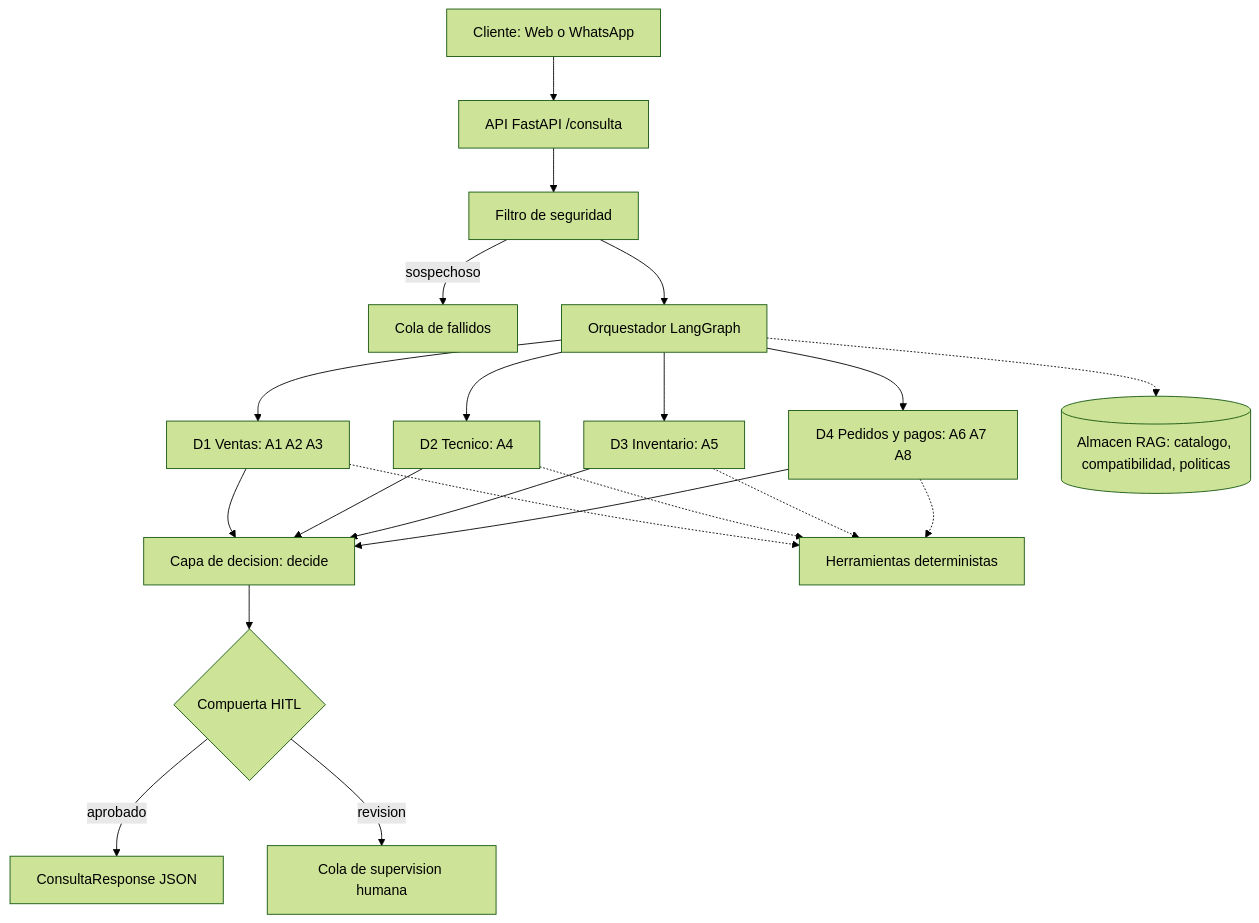
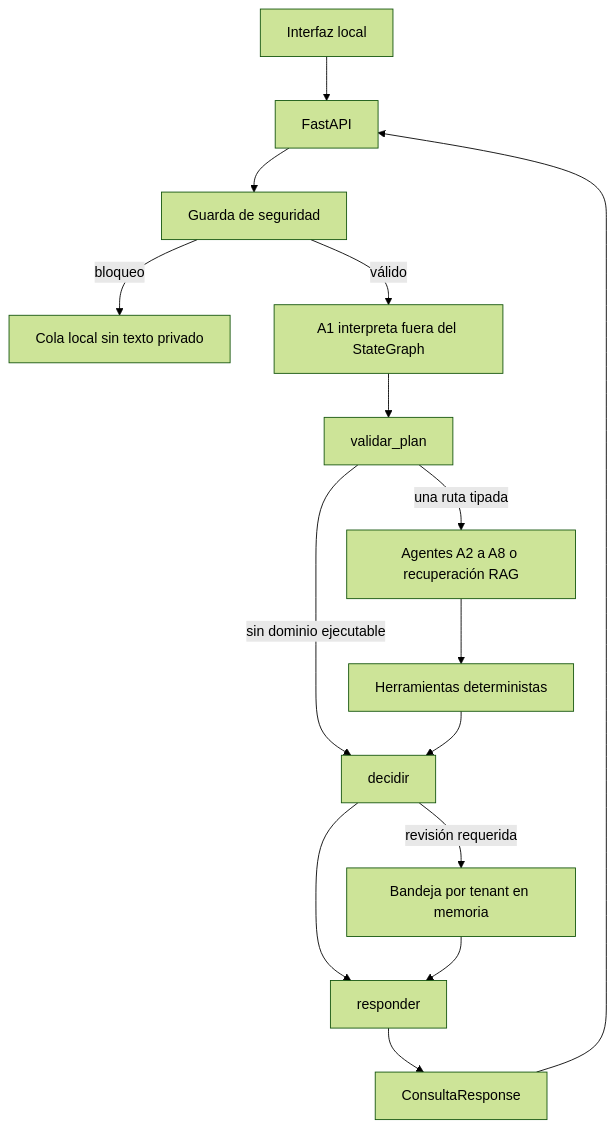
One commit to alessandrorr1007-debug/veltri changed the first of 2 diagrams in docs/arquitectura.md. Above: the diagram before and after it, drawn with Mermaid (forest theme). The commit also changed other lines of this file and 141 other files, not shown here.

````diff
--- a/docs/arquitectura.md
+++ b/docs/arquitectura.md
@@ -19,17 +7,17 @@
 ```mermaid
 flowchart TD
-    U[Cliente: Web o WhatsApp] --> API[API FastAPI /consulta]
-    API --> SEG[Filtro de seguridad]
-    SEG -->|sospechoso| DLQ[Cola de fallidos]
-    SEG --> ORQ[Orquestador LangGraph]
-    ORQ --> D1[D1 Ventas: A1 A2 A3]
-    ORQ --> D2[D2 Tecnico: A4]
-    ORQ --> D3[D3 Inventario: A5]
-    ORQ --> D4[D4 Pedidos y pagos: A6 A7 A8]
-    D1 & D2 & D3 & D4 --> DEC[Capa de decision: decide]
-    DEC --> HITL{Compuerta HITL}
-    HITL -->|aprobado| OUT[ConsultaResponse JSON]
-    HITL -->|revision| COLA[Cola de supervision humana]
-    ORQ -.-> RAG[(Almacen RAG: catalogo, compatibilidad, politicas)]
-    D1 & D2 & D3 & D4 -.-> TOOLS[Herramientas deterministas]
+ UI[Interfaz local] --> API[FastAPI]
+ API --> SEG[Guarda de seguridad]
+ SEG -->|bloqueo| DLQ[Cola local sin texto privado]
+ SEG -->|válido| A1[A1 interpreta fuera del StateGraph]
+ A1 --> V[validar_plan]
+ V -->|una ruta tipada| D[Agentes A2 a A8 o recuperación RAG]
+ V -->|sin dominio ejecutable| DEC[decidir]
+ D --> T[Herramientas deterministas]
+ T --> DEC
+ DEC -->|revisión requerida| B[Bandeja por tenant en memoria]
+ DEC --> R[responder]
+ B --> R
+ R --> OUT[ConsultaResponse]
+ OUT --> API
 ```
````
